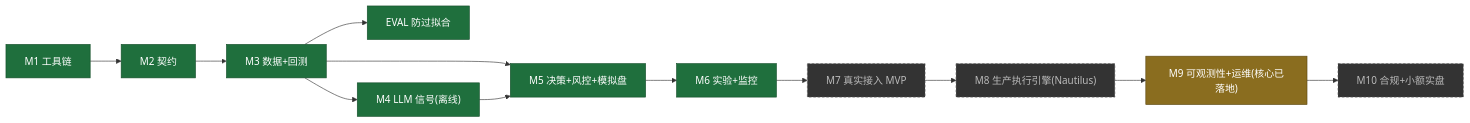
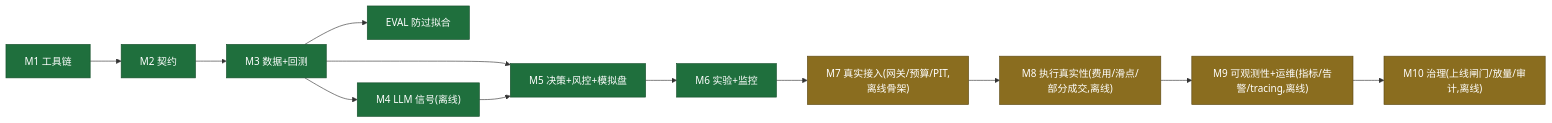
One commit to AndyUneducated/agentic-trading changed the fourth of 4 diagrams in README.md. Above: the diagram before and after it, drawn with Mermaid. The commit also changed other lines of this file and 4 other files, not shown here.

````diff
--- a/README.md
+++ b/README.md
@@ -221,16 +222,16 @@
 ```mermaid
 flowchart LR
   M1["M1 工具链"]:::done --> M2["M2 契约"]:::done --> M3["M3 数据+回测"]:::done
   M3 --> EV["EVAL 防过拟合"]:::done
   M3 --> M4["M4 LLM 信号(离线)"]:::done
   M3 --> M5["M5 决策+风控+模拟盘"]:::done
   M4 --> M5
   M5 --> M6["M6 实验+监控"]:::done
-  M6 --> M7["M7 真实接入 MVP"]:::todo
-  M7 --> M8["M8 生产执行引擎(Nautilus)"]:::todo
-  M8 --> M9["M9 可观测性+运维(核心已落地)"]:::wip
-  M9 --> M10["M10 合规+小额实盘"]:::todo
+  M6 --> M7["M7 真实接入(网关/预算/PIT,离线骨架)"]:::wip
+  M7 --> M8["M8 执行真实性(费用/滑点/部分成交,离线)"]:::wip
+  M8 --> M9["M9 可观测性+运维(指标/告警/tracing,离线)"]:::wip
+  M9 --> M10["M10 治理(上线闸门/放量/审计,离线)"]:::wip
   classDef done fill:#1f6f3d,color:#fff,stroke:#134d29;
   classDef wip fill:#8a6d1f,color:#fff,stroke:#5c4813;
   classDef todo fill:#333,color:#bbb,stroke:#555,stroke-dasharray:4 3;
 ```
````
